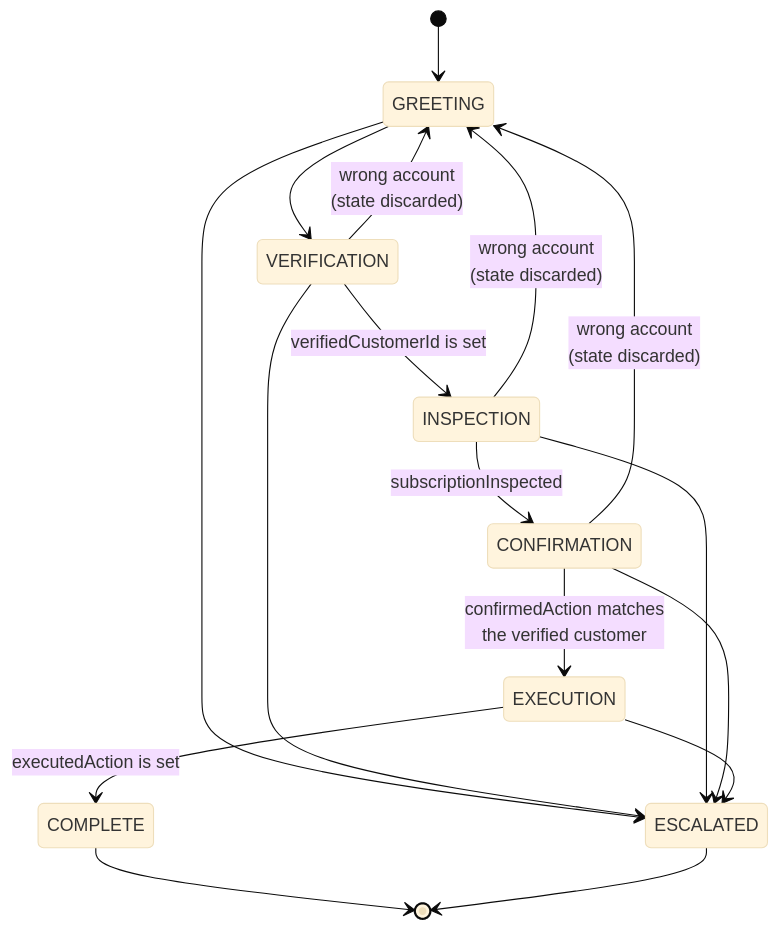
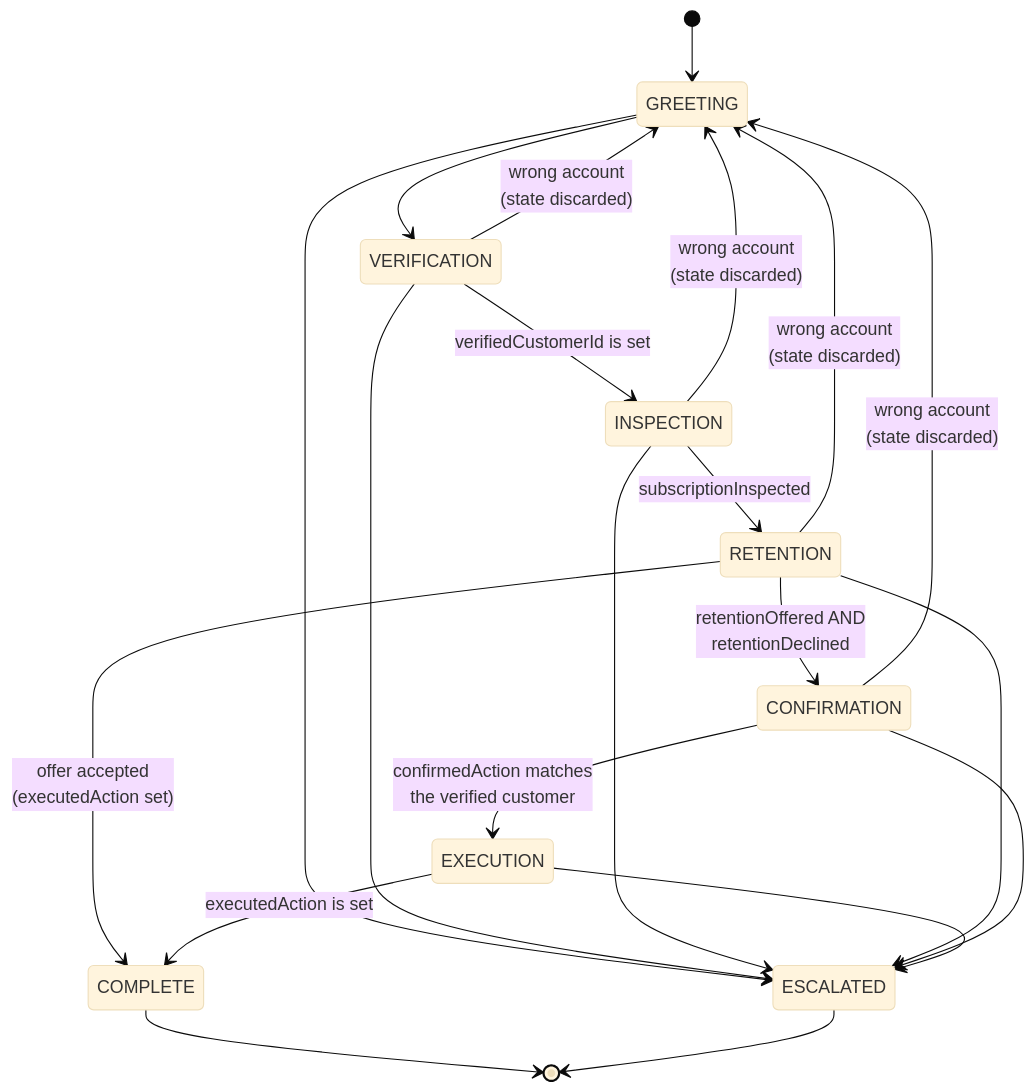
One commit to bkinchin/ai-agent-apprenticeship changed the diagram in docs/diagrams/cancellation-workflow.md. Above: the diagram before and after it, drawn with Mermaid (base theme). The commit also changed other lines of this file and 1 other file, not shown here.

````diff
--- a/docs/diagrams/cancellation-workflow.md
+++ b/docs/diagrams/cancellation-workflow.md
@@ -11,23 +11,27 @@
 ```mermaid
 stateDiagram-v2
     direction TB
     [*] --> GREETING
 
     GREETING --> VERIFICATION
     VERIFICATION --> INSPECTION : verifiedCustomerId is set
-    INSPECTION --> CONFIRMATION : subscriptionInspected
+    INSPECTION --> RETENTION : subscriptionInspected
+    RETENTION --> CONFIRMATION : retentionOffered AND<br/>retentionDeclined
+    RETENTION --> COMPLETE : offer accepted<br/>(executedAction set)
     CONFIRMATION --> EXECUTION : confirmedAction matches<br/>the verified customer
     EXECUTION --> COMPLETE : executedAction is set
     COMPLETE --> [*]
 
     VERIFICATION --> GREETING : wrong account<br/>(state discarded)
     INSPECTION --> GREETING : wrong account<br/>(state discarded)
+    RETENTION --> GREETING : wrong account<br/>(state discarded)
     CONFIRMATION --> GREETING : wrong account<br/>(state discarded)
 
     GREETING --> ESCALATED
     VERIFICATION --> ESCALATED
     INSPECTION --> ESCALATED
+    RETENTION --> ESCALATED
     CONFIRMATION --> ESCALATED
     EXECUTION --> ESCALATED
     ESCALATED --> [*]
 ```
````
